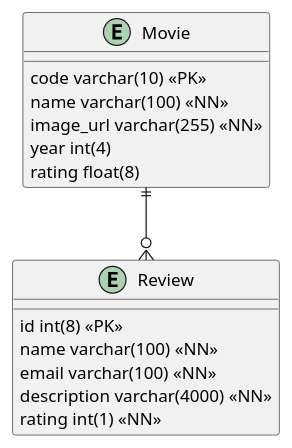
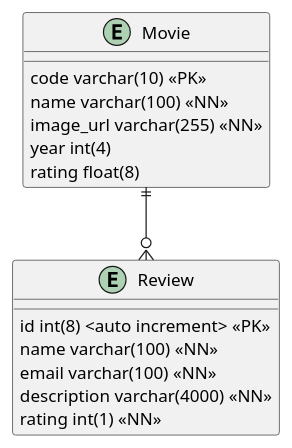
Before and after one commit to JuliSantacruz/coltis-Movieapp-Flask: the diagram in doc/modelo_datos.puml, drawn with PlantUML. The commit also changed 1 other file, not shown here.

```diff
--- a/doc/modelo_datos.puml
+++ b/doc/modelo_datos.puml
@@ -1,21 +1,21 @@
 @startuml "Modelo Entidad Relacion"
 
 Entity Movie{
     code varchar(10) <<PK>>
     name varchar(100) <<NN>>
     image_url varchar(255) <<NN>>
     year int(4)
     rating float(8)
 }
 
 Entity Review{
-    id int(8) <<PK>>
+    id int(8) <auto increment> <<PK>>
     name varchar(100) <<NN>>
     email varchar(100) <<NN>>
     description varchar(4000) <<NN>>
     rating int(1) <<NN>>
 }
 
 Movie ||--o{ Review
 
 @enduml
```
